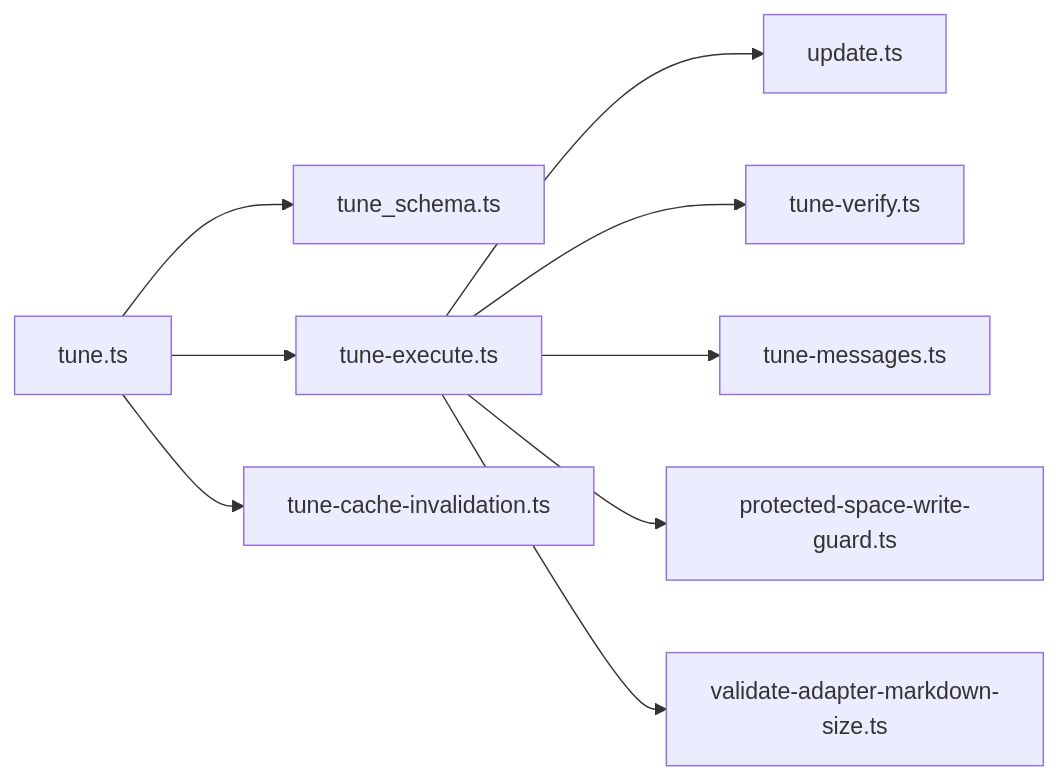
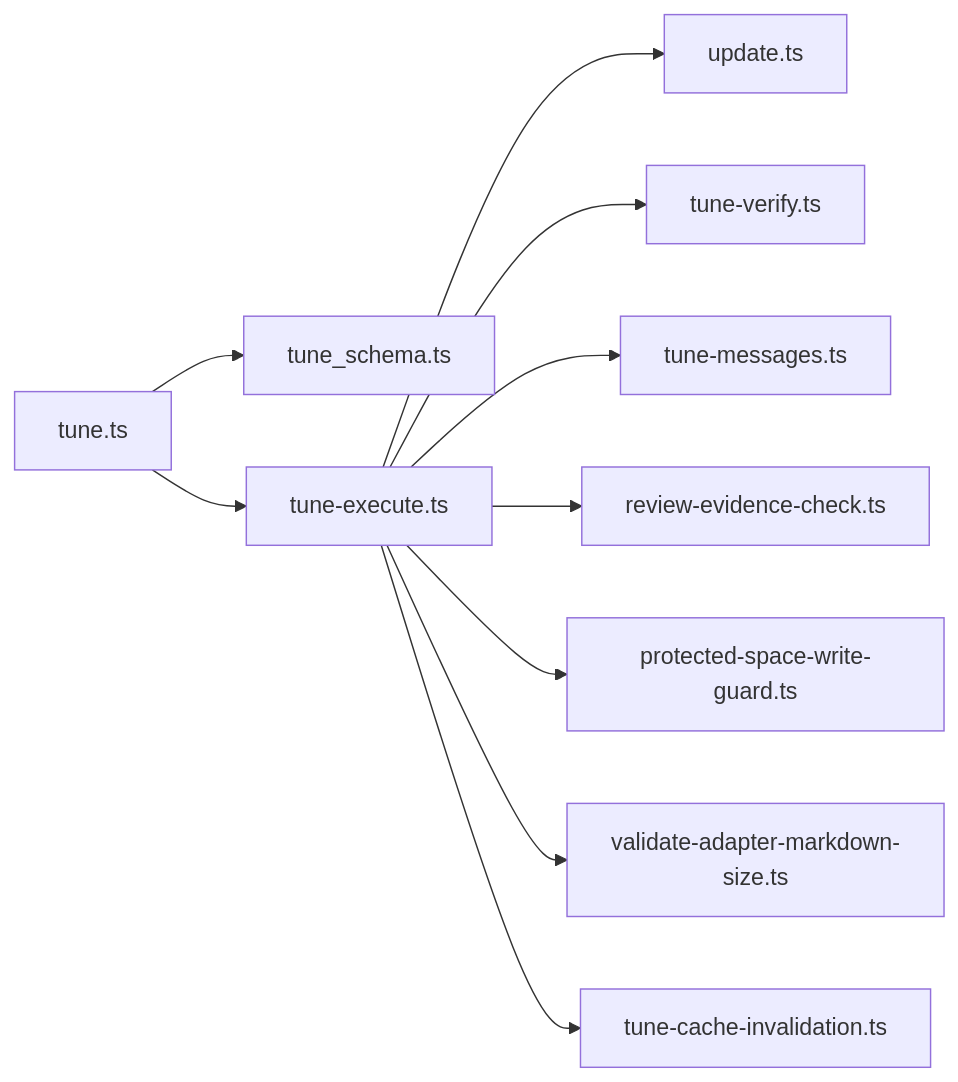
The fifth of 6 diagrams in .qoder/repowiki/en/content/MCP Tools Reference/Tune Tool.md (SquadRules/mcp), drawn with Mermaid before and after one commit. The commit also changed other lines of this file and 553 other files, not shown here.

````diff
--- a/.qoder/repowiki/en/content/MCP Tools Reference/Tune Tool.md
+++ b/.qoder/repowiki/en/content/MCP Tools Reference/Tune Tool.md
@@ -271,11 +309,12 @@
 ```mermaid
 graph LR
 Tune["tune.ts"] --> Schema["tune_schema.ts"]
-Tune --> Exec["tune-execute.ts"]
-Exec --> Update["update.ts"]
-Exec --> Verify["tune-verify.ts"]
-Exec --> Messages["tune-messages.ts"]
-Exec --> Guard["protected-space-write-guard.ts"]
-Exec --> Size["validate-adapter-markdown-size.ts"]
-Tune --> Cache["tune-cache-invalidation.ts"]
+Tune --> Execute["tune-execute.ts"]
+Execute --> Update["update.ts"]
+Execute --> Verify["tune-verify.ts"]
+Execute --> Messages["tune-messages.ts"]
+Execute --> Evidence["review-evidence-check.ts"]
+Execute --> Guard["protected-space-write-guard.ts"]
+Execute --> Size["validate-adapter-markdown-size.ts"]
+Execute --> Cache["tune-cache-invalidation.ts"]
 ```
````
